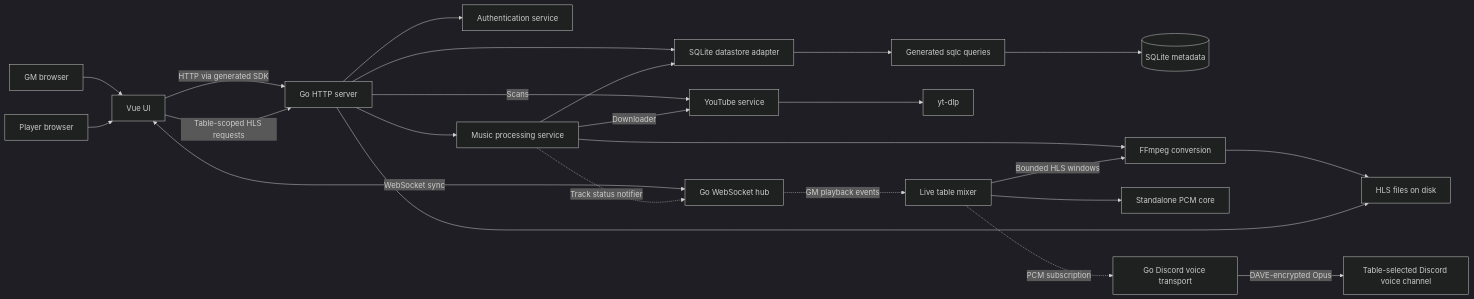
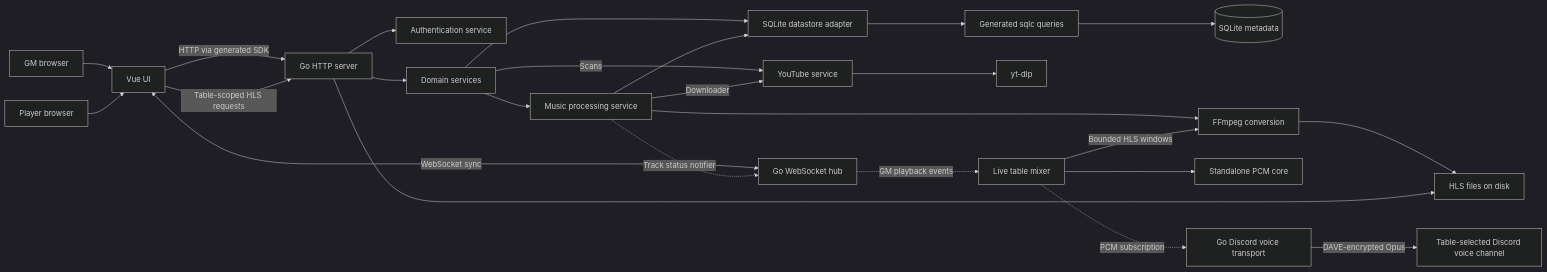
The diagram in docs/overview.md (terrabitz/rpg-audio-streamer), drawn with Mermaid (dark theme) before and after one commit. The commit also changed other lines of this file and 106 other files, not shown here.

First line of the commit message:
refactor: separate domain services from HTTP and media adapters

````diff
--- a/docs/overview.md
+++ b/docs/overview.md
@@ -19,26 +19,27 @@
 ```mermaid
 flowchart LR
   GM[GM browser] --> UI[Vue UI]
   Player[Player browser] --> UI
   UI -->|HTTP via generated SDK| API[Go HTTP server]
   UI <-->|WebSocket sync| Hub[Go WebSocket hub]
   UI -->|Table-scoped HLS requests| API
   API --> Auth[Authentication service]
-  API --> Store[SQLite datastore adapter]
+  API --> Domain[Domain services]
+  Domain --> Store[SQLite datastore adapter]
   Store --> Queries[Generated sqlc queries]
   Queries --> DB[(SQLite metadata)]
-  API --> Processing[Music processing service]
-  API -->|Scans| YouTube[YouTube service]
+  Domain --> Processing[Music processing service]
+  Domain -->|Scans| YouTube[YouTube service]
   Processing --> Store
   Processing --> FFmpeg[FFmpeg conversion]
   Processing -->|Downloader| YouTube
   Processing -.->|Track status notifier| Hub
   YouTube --> YTDLP[yt-dlp]
   FFmpeg --> Uploads[HLS files on disk]
   API --> Uploads
   Hub -.->|GM playback events| Mix[Live table mixer]
   Mix --> PCM[Standalone PCM core]
   Mix -->|Bounded HLS windows| FFmpeg
   Mix -.->|PCM subscription| Voice[Go Discord voice transport]
   Voice -->|DAVE-encrypted Opus| Discord[Table-selected Discord voice channel]
 ```
````
